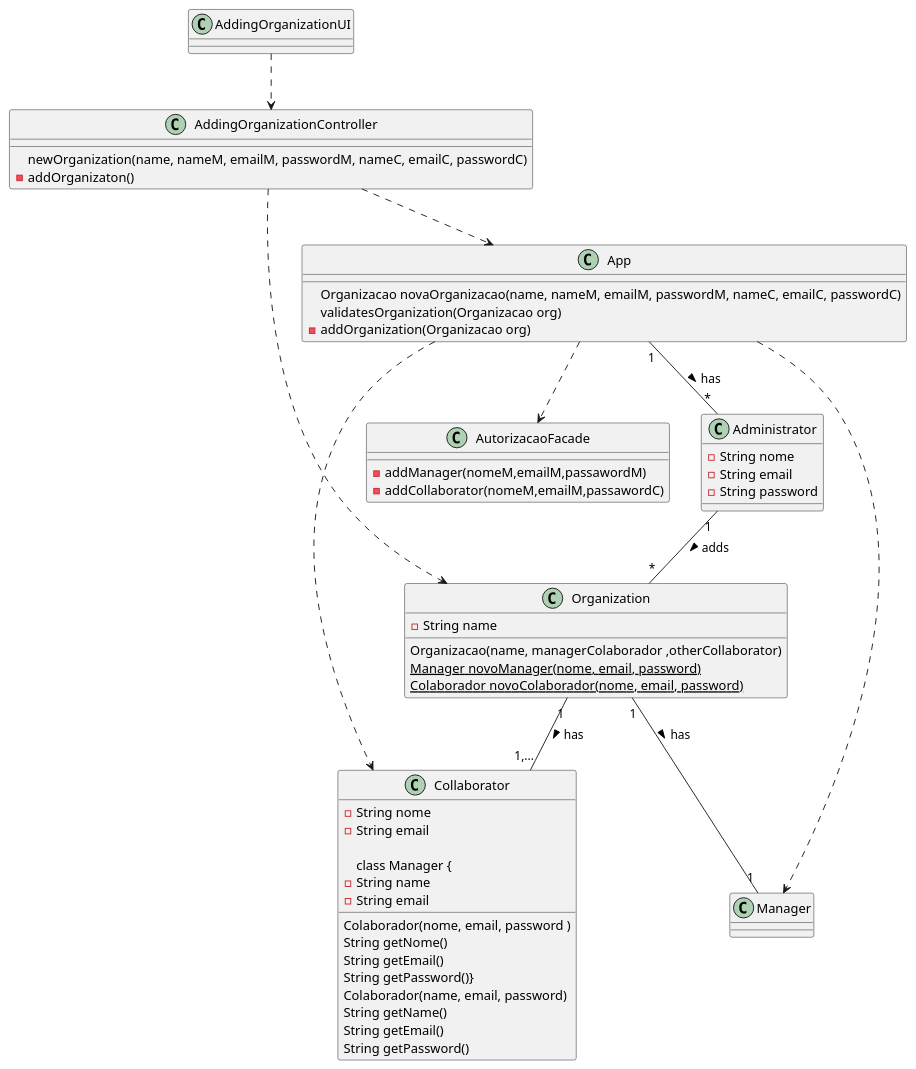
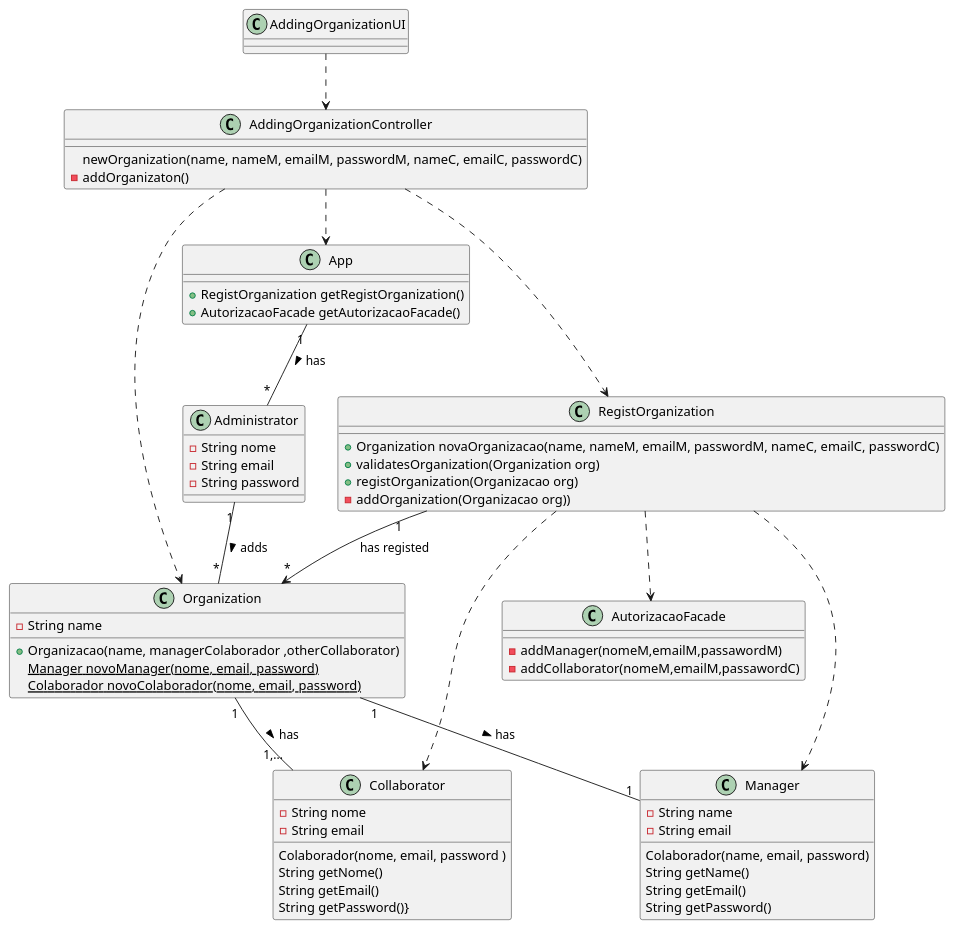
The diagram in docs/UC_08/UC08_CD.puml (botelho-io/lapr2-2020-g029), drawn with PlantUML before and after one commit. The commit also changed 16 other files, not shown here.

```diff
--- a/docs/UC_08/UC08_CD.puml
+++ b/docs/UC_08/UC08_CD.puml
@@ -1,64 +1,74 @@
 @startuml
 
 class Collaborator {
   -String nome
   -String email
   Colaborador(nome, email, password )
   String getNome()
   String getEmail()
   String getPassword()}
+}
 
 class Manager {
   -String name
   -String email
   Colaborador(name, email, password)
   String getName()
   String getEmail()
   String getPassword()
 }
 
 class Administrator {
 - String nome
 - String email
 - String password
 }
 
 class Organization {
   -String name
-  Organizacao(name, managerColaborador ,otherCollaborator)
+  +Organizacao(name, managerColaborador ,otherCollaborator)
   {static} Manager novoManager(nome, email, password)
   {static} Colaborador novoColaborador(nome, email, password)
 }
 
 class App {
 
-  Organizacao novaOrganizacao(name, nameM, emailM, passwordM, nameC, emailC, passwordC)
-  validatesOrganization(Organizacao org)
-  - addOrganization(Organizacao org)
+  + RegistOrganization getRegistOrganization()
+  + AutorizacaoFacade getAutorizacaoFacade()
+}
+
+class RegistOrganization {
+  +Organization novaOrganizacao(name, nameM, emailM, passwordM, nameC, emailC, passwordC)
+  +validatesOrganization(Organization org)
+  +registOrganization(Organizacao org)
+  -addOrganization(Organizacao org))
 }
 
 class AutorizacaoFacade {
    - addManager(nomeM,emailM,passawordM)
    - addCollaborator(nomeM,emailM,passawordC)
 }
 
 class AddingOrganizationController {
     newOrganization(name, nameM, emailM, passwordM, nameC, emailC, passwordC)
    - addOrganizaton()
 }
 
 class AddingOrganizationUI {
 }
 
 AddingOrganizationUI ..> AddingOrganizationController
+AddingOrganizationController ..> RegistOrganization
 AddingOrganizationController ..> App
 AddingOrganizationController ..> Organization
-App ..> Collaborator
-App ..> Manager
-App ..> AutorizacaoFacade
+RegistOrganization"1" --> "*" Organization : has registed
+RegistOrganization ..> Collaborator
+RegistOrganization ..> Manager
+RegistOrganization ..> AutorizacaoFacade
+
 Organization                 "1" -- "1,..."  Collaborator    : has >
 Organization                 "1" -- "1"      Manager        : has >
 Administrator                "1" -- "*"      Organization   : adds >
 App                          "1" -- "*"      Administrator  : has >
 
 @enduml
```
